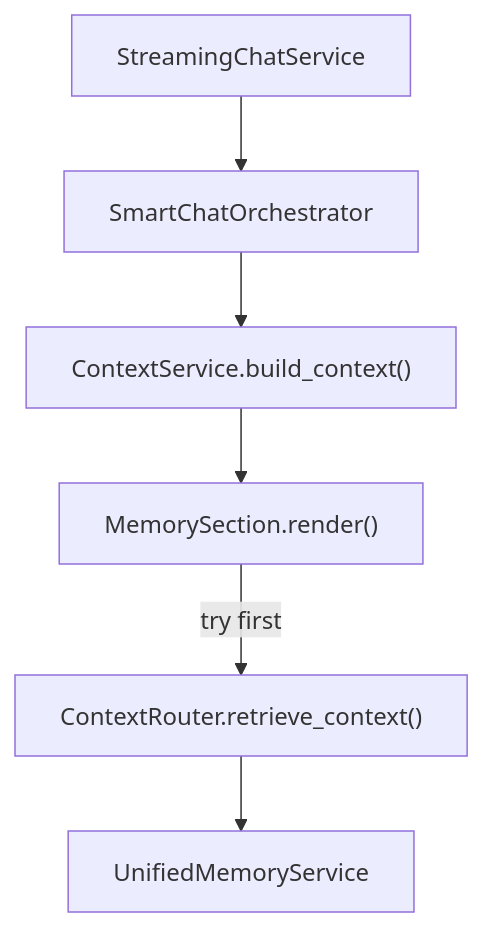
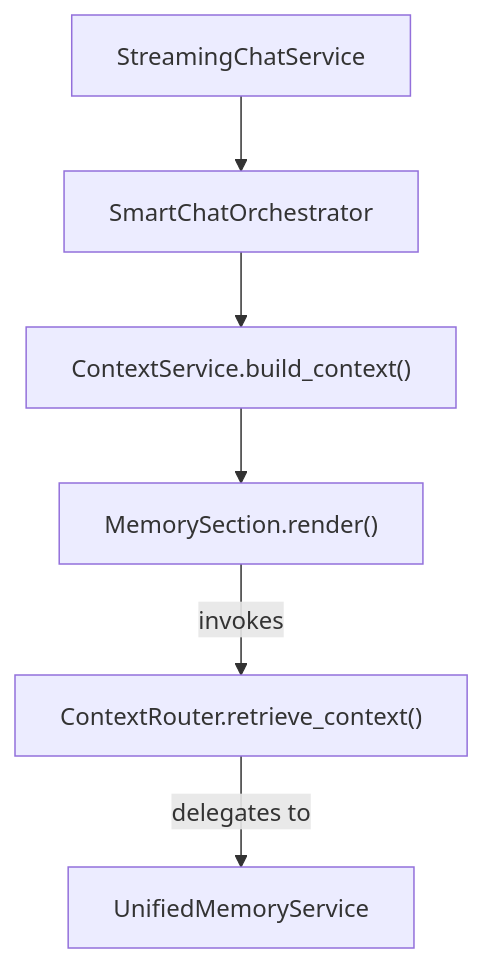
Before and after one commit to AutomatosAI/automatos-ai: the fourth of 4 diagrams in docs/memory-system/context-router.md, drawn with Mermaid. The commit also changed other lines of this file and 153 other files, not shown here.

````diff
--- a/docs/memory-system/context-router.md
+++ b/docs/memory-system/context-router.md
@@ -261,15 +232,15 @@
 ```mermaid
 graph TD
-    Service["StreamingChatService"]
-    Orchestrator["SmartChatOrchestrator"]
-    ContextSvc["ContextService.build_context()"]
-    MemSection["MemorySection.render()"]
-    Router["ContextRouter.retrieve_context()"]
+    SCS["StreamingChatService"]
+    SCO["SmartChatOrchestrator"]
+    CS["ContextService.build_context()"]
+    MS["MemorySection.render()"]
+    CR["ContextRouter.retrieve_context()"]
     UMS["UnifiedMemoryService"]
     
-    Service --> Orchestrator
-    Orchestrator --> ContextSvc
-    ContextSvc --> MemSection
-    MemSection -->|try first| Router
-    Router --> UMS
+    SCS --> SCO
+    SCO --> CS
+    CS --> MS
+    MS -->|invokes| CR
+    CR -->|delegates to| UMS
 ```
````
